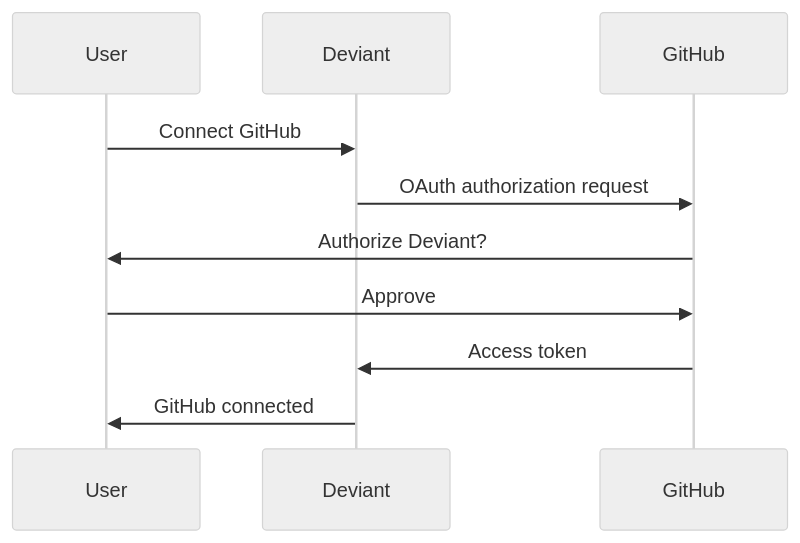
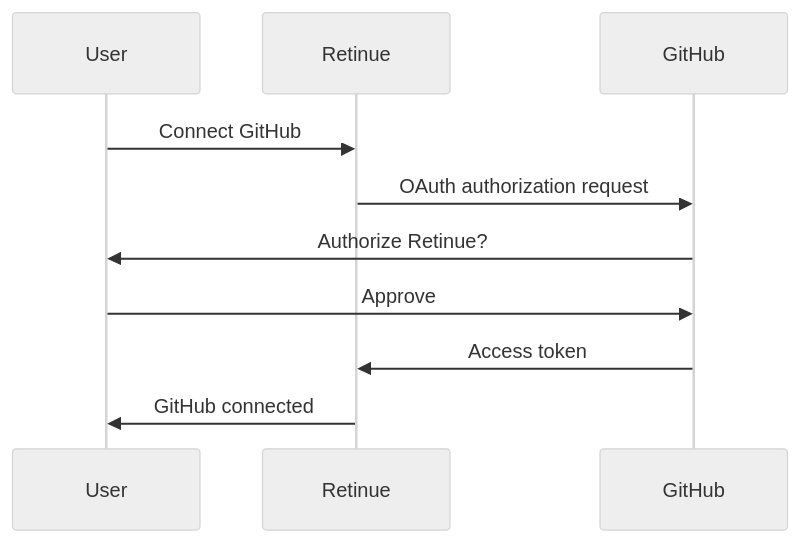
The second of 2 diagrams in docs/articles/6-future-plans/03-integration-marketplace.md (nicanor-korir/retinue), drawn with Mermaid (neutral theme) before and after one commit. The commit also changed other lines of this file and 128 other files, not shown here.

First line of the commit message:
feat(rebrand): rename Deviant/AgentGo to Retinue, rewrite docs, add shared-VPS deploy

````diff
--- a/docs/articles/6-future-plans/03-integration-marketplace.md
+++ b/docs/articles/6-future-plans/03-integration-marketplace.md
@@ -331,13 +331,13 @@
 ```mermaid
 sequenceDiagram
     participant User
-    participant Deviant
+    participant Retinue
     participant GitHub
 
-    User->>Deviant: Connect GitHub
-    Deviant->>GitHub: OAuth authorization request
-    GitHub->>User: Authorize Deviant?
+    User->>Retinue: Connect GitHub
+    Retinue->>GitHub: OAuth authorization request
+    GitHub->>User: Authorize Retinue?
     User->>GitHub: Approve
-    GitHub->>Deviant: Access token
-    Deviant->>User: GitHub connected
+    GitHub->>Retinue: Access token
+    Retinue->>User: GitHub connected
 ```
````
